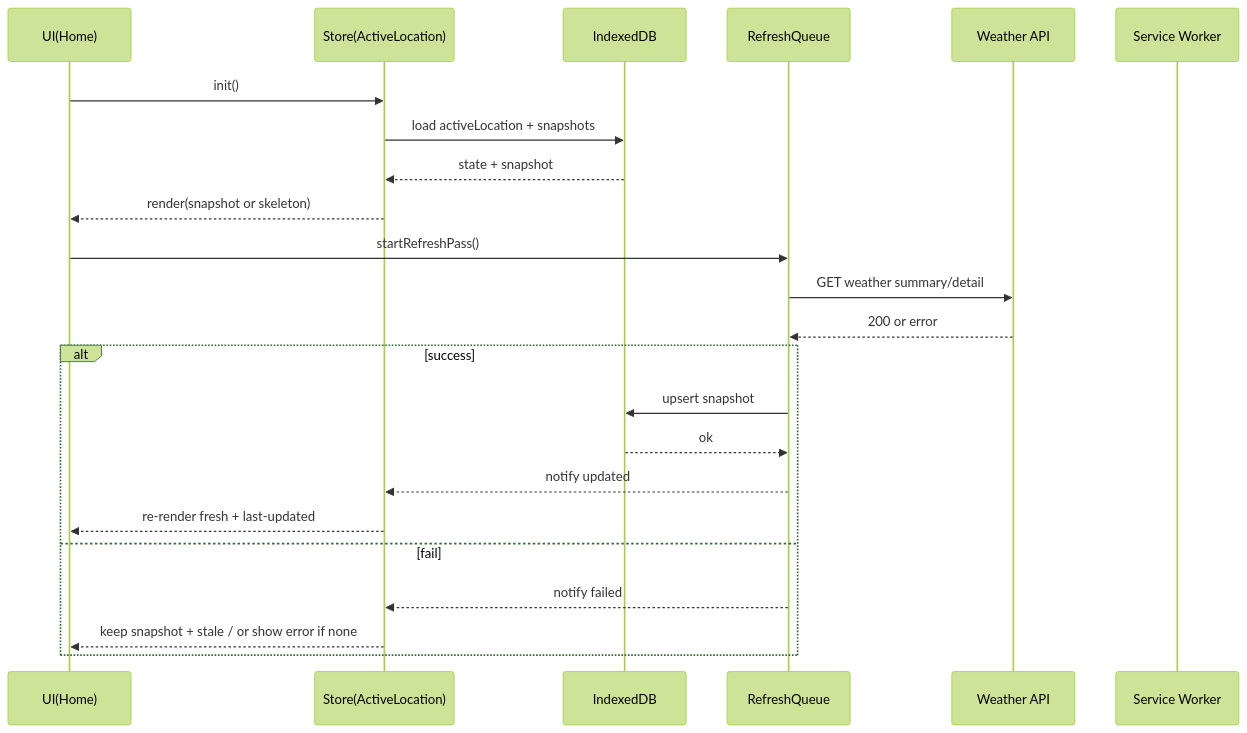
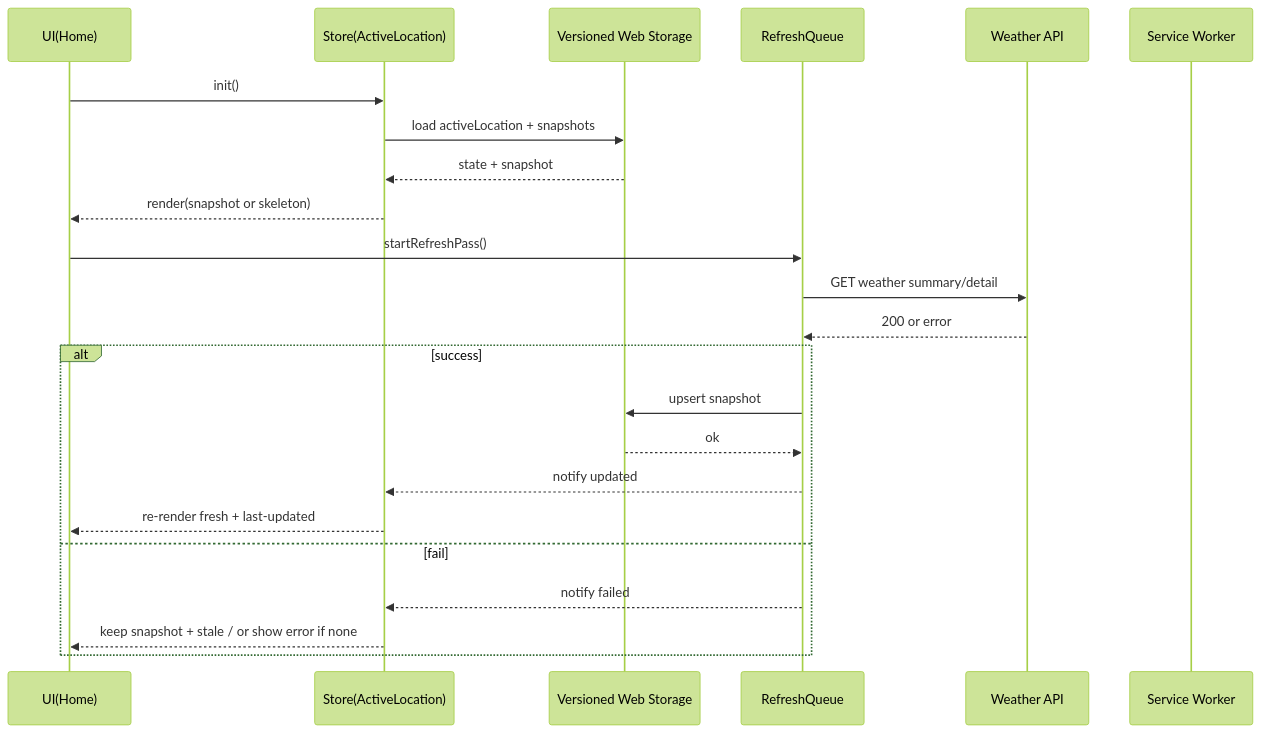
The second of 3 diagrams in docs/specs.md (cgm-16/weatherpane), drawn with Mermaid (forest theme) before and after one commit. The commit also changed other lines of this file and 18 other files, not shown here.

````diff
--- a/docs/specs.md
+++ b/docs/specs.md
@@ -194,27 +194,27 @@
 ```mermaid
 sequenceDiagram
   participant U as UI(Home)
   participant S as Store(ActiveLocation)
-  participant D as IndexedDB
+  participant D as Versioned Web Storage
   participant R as RefreshQueue
   participant A as Weather API
   participant W as Service Worker
 
   U->>S: init()
   S->>D: load activeLocation + snapshots
   D-->>S: state + snapshot
   S-->>U: render(snapshot or skeleton)
 
   U->>R: startRefreshPass()
   R->>A: GET weather summary/detail
   A-->>R: 200 or error
   alt success
     R->>D: upsert snapshot
     D-->>R: ok
     R-->>S: notify updated
     S-->>U: re-render fresh + last-updated
   else fail
     R-->>S: notify failed
     S-->>U: keep snapshot + stale / or show error if none
   end
 ```
````
